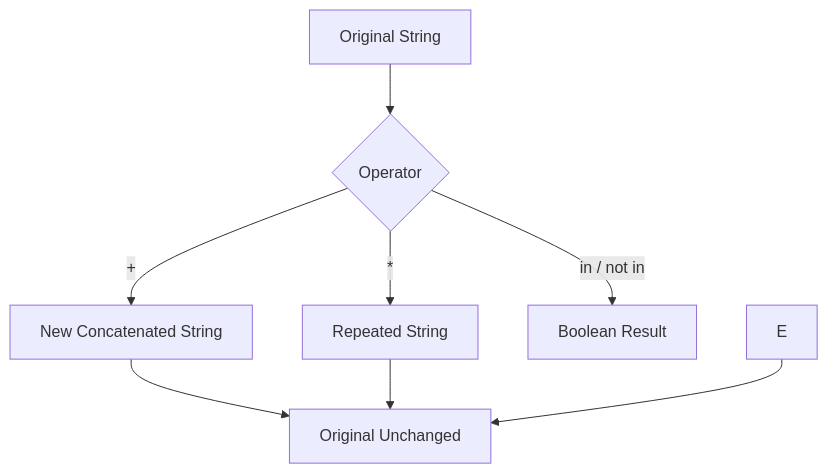
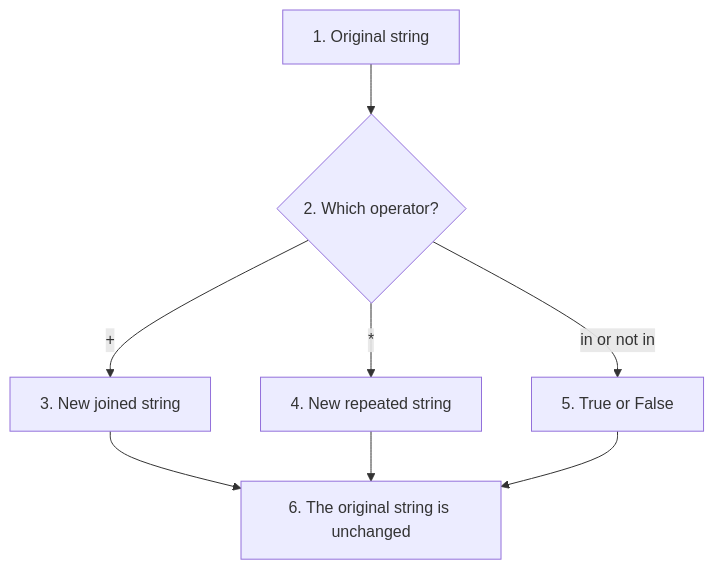
Before and after one commit to ag999git/001-mkdocs: the seventh of 18 diagrams in docs/17-strings/080-ch17-conceptual-qa.md, drawn with Mermaid. The commit also changed other lines of this file, not shown here.

````diff
--- a/docs/17-strings/080-ch17-conceptual-qa.md
+++ b/docs/17-strings/080-ch17-conceptual-qa.md
@@ -846,17 +1889,10 @@
 ```mermaid
 flowchart TD
-
-A["Original String"] --> B{"Operator"}
-
-B -->|+| C["New Concatenated String"]
-
-B -->|*| D["Repeated String"]
-
-B -->|in / not in| E\["Boolean Result"]
-
-C --> F["Original Unchanged"]
-
-D --> F
-
-E --> F
+    A["1. Original string"] --> B{"2. Which operator?"}
+    B -->|"+"| C["3. New joined string"]
+    B -->|"*"| D["4. New repeated string"]
+    B -->|"in or not in"| E["5. True or False"]
+    C --> F["6. The original string is unchanged"]
+    D --> F
+    E --> F
 ```
````
